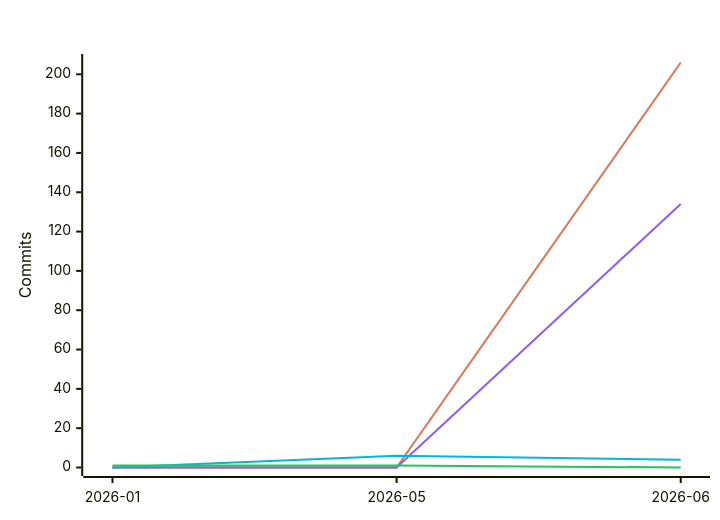
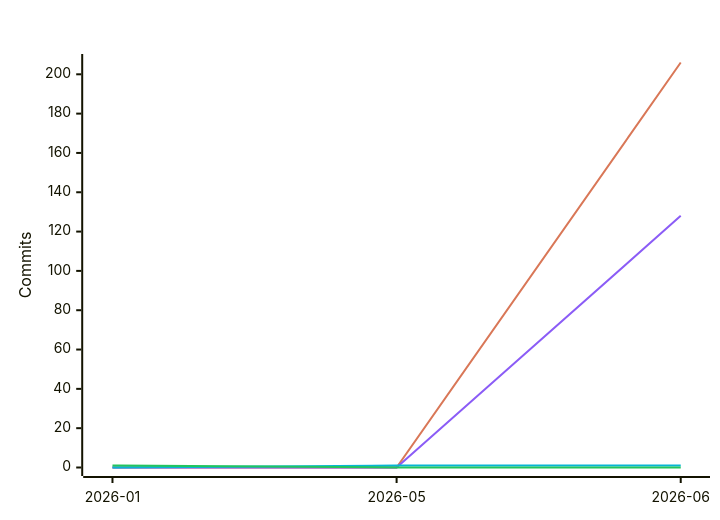
Before and after one commit to polo-nyan/polo-nyan: the fifth of 7 diagrams in README.md, drawn with Mermaid. The commit also changed other lines of this file and 1 other file, not shown here.

````diff
--- a/README.md
+++ b/README.md
@@ -265,11 +265,11 @@
 ```mermaid
 %%{init: {"xyChart": {"titleColor": "#ffffff", "xAxisLabelColor": "#ffffff", "yAxisLabelColor": "#ffffff"}, "themeVariables": {"xyChart": {"titleColor": "#ffffff", "plotColorPalette": "#d97757, #8b5cf6, #06b6d4, #22c55e, #f59e0b, #ec4899"}}}}%%
 xychart-beta
     title "Commits Per Month by Model Family"
     x-axis ["2026-01", "2026-05", "2026-06"]
     y-axis "Commits"
     line [0, 0, 206]
-    line [0, 0, 134]
-    line [0, 6, 4]
-    line [1, 1, 0]
+    line [0, 0, 128]
+    line [0, 1, 1]
+    line [1, 0, 0]
 ```
````
